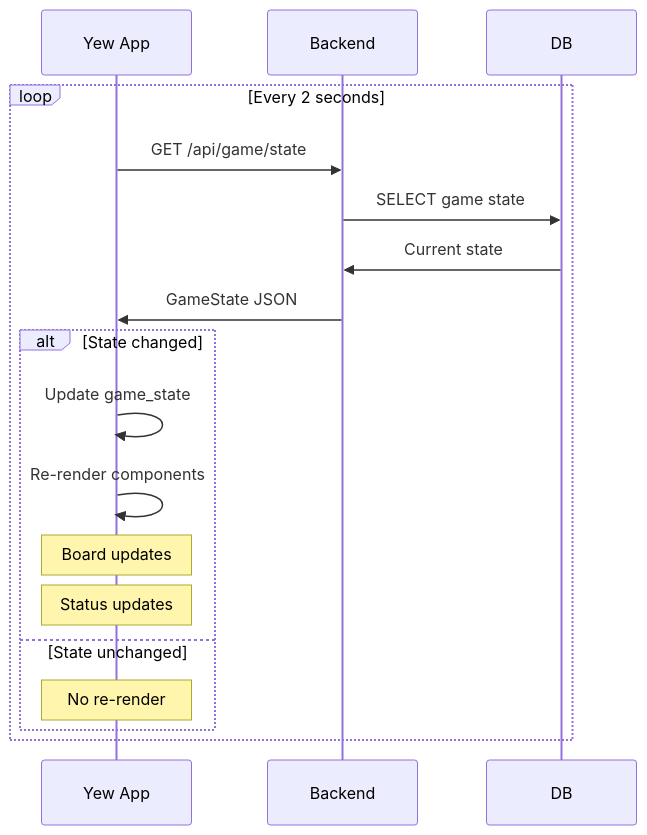
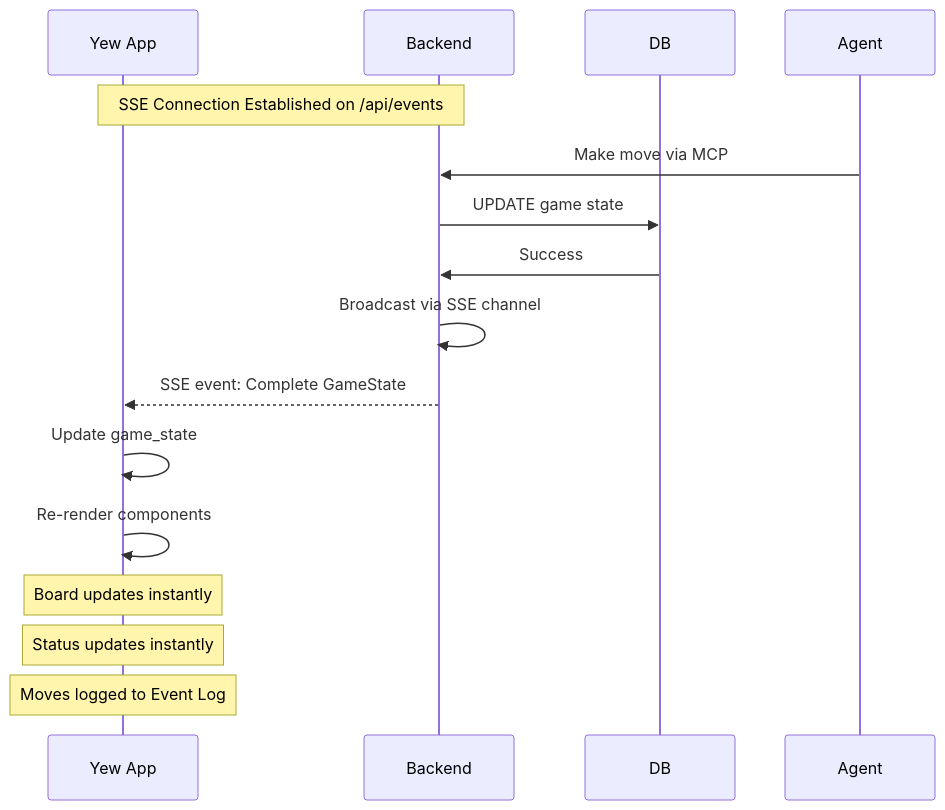
Before and after one commit to softwarewrighter/game-mcp-poc: the fourth of 16 diagrams in wiki/Data-Flow.md, drawn with Mermaid. The commit also changed other lines of this file and 3 other files, not shown here.

````diff
--- a/wiki/Data-Flow.md
+++ b/wiki/Data-Flow.md
@@ -144,22 +144,20 @@
 ```mermaid
 sequenceDiagram
     participant UI as Yew App
     participant Backend
     participant DB
+    participant Agent
 
-    loop Every 2 seconds
-        UI->>Backend: GET /api/game/state
-        Backend->>DB: SELECT game state
-        DB->>Backend: Current state
-        Backend->>UI: GameState JSON
+    Note over UI,Backend: SSE Connection Established on /api/events
 
-        alt State changed
-            UI->>UI: Update game_state
-            UI->>UI: Re-render components
-            Note over UI: Board updates
-            Note over UI: Status updates
-        else State unchanged
-            Note over UI: No re-render
-        end
-    end
+    Agent->>Backend: Make move via MCP
+    Backend->>DB: UPDATE game state
+    DB->>Backend: Success
+    Backend->>Backend: Broadcast via SSE channel
+    Backend-->>UI: SSE event: Complete GameState
+    UI->>UI: Update game_state
+    UI->>UI: Re-render components
+    Note over UI: Board updates instantly
+    Note over UI: Status updates instantly
+    Note over UI: Moves logged to Event Log
 ```
````
